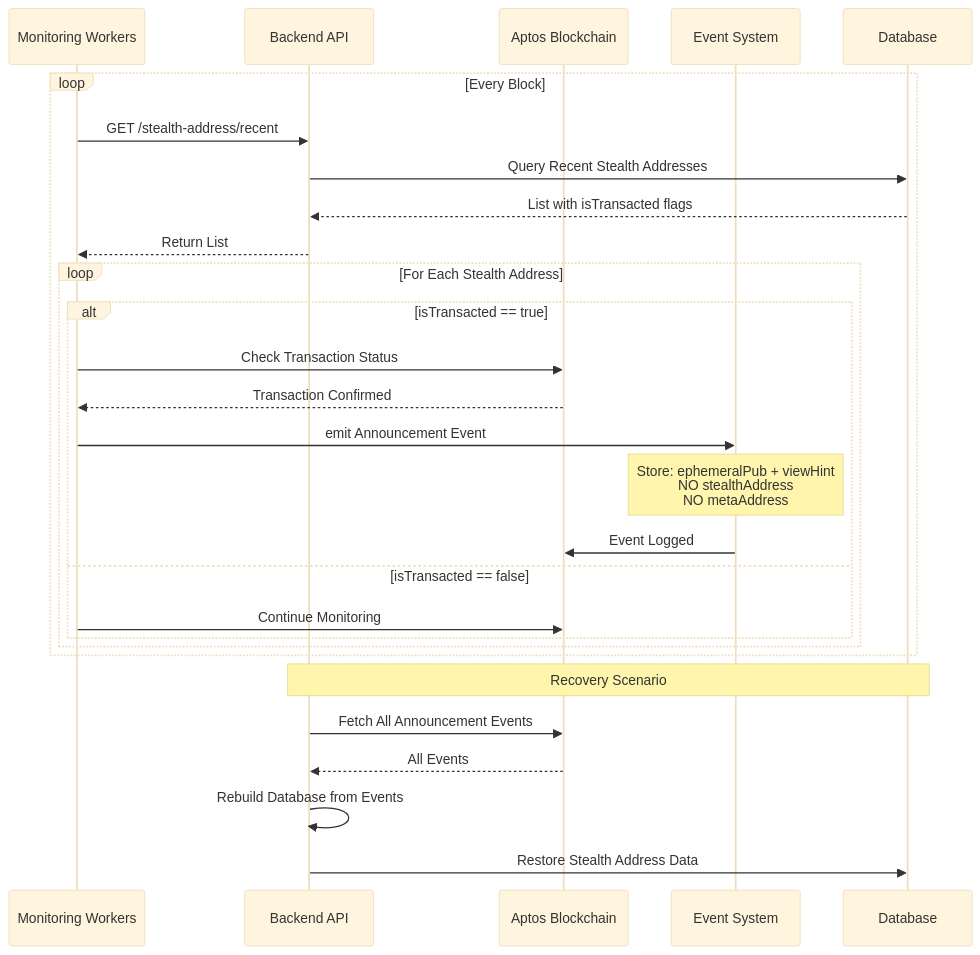
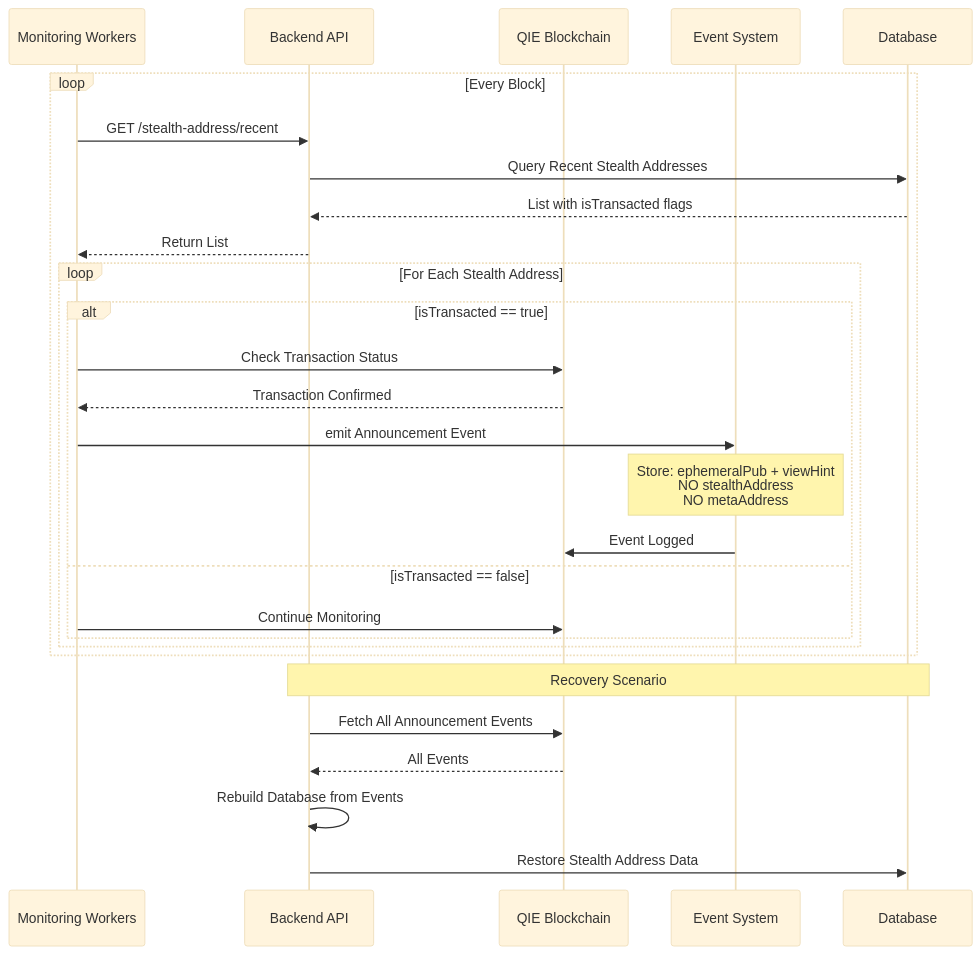
Before and after one commit to AmaanSayyad/Private-Pay-QIE: the fifth of 8 diagrams in README.md, drawn with Mermaid (base theme). The commit also changed other lines of this file and 24 other files, not shown here.

````diff
--- a/README.md
+++ b/README.md
@@ -435,33 +435,33 @@
 ```mermaid
 sequenceDiagram
     participant Workers as Monitoring Workers
     participant Backend as Backend API
-    participant Aptos as Aptos Blockchain
+    participant QIE as QIE Blockchain
     participant Events as Event System
     participant DB as Database
     
     loop Every Block
         Workers->>Backend: GET /stealth-address/recent
         Backend->>DB: Query Recent Stealth Addresses
         DB-->>Backend: List with isTransacted flags
         Backend-->>Workers: Return List
         
         loop For Each Stealth Address
             alt isTransacted == true
-                Workers->>Aptos: Check Transaction Status
-                Aptos-->>Workers: Transaction Confirmed
+                Workers->>QIE: Check Transaction Status
+                QIE-->>Workers: Transaction Confirmed
                 Workers->>Events: emit Announcement Event
                 Note over Events: Store: ephemeralPub + viewHint<br/>NO stealthAddress<br/>NO metaAddress
-                Events->>Aptos: Event Logged
+                Events->>QIE: Event Logged
             else isTransacted == false
-                Workers->>Aptos: Continue Monitoring
+                Workers->>QIE: Continue Monitoring
             end
         end
     end
     
     Note over Backend,DB: Recovery Scenario
-    Backend->>Aptos: Fetch All Announcement Events
-    Aptos-->>Backend: All Events
+    Backend->>QIE: Fetch All Announcement Events
+    QIE-->>Backend: All Events
     Backend->>Backend: Rebuild Database from Events
     Backend->>DB: Restore Stealth Address Data
 ```
````
